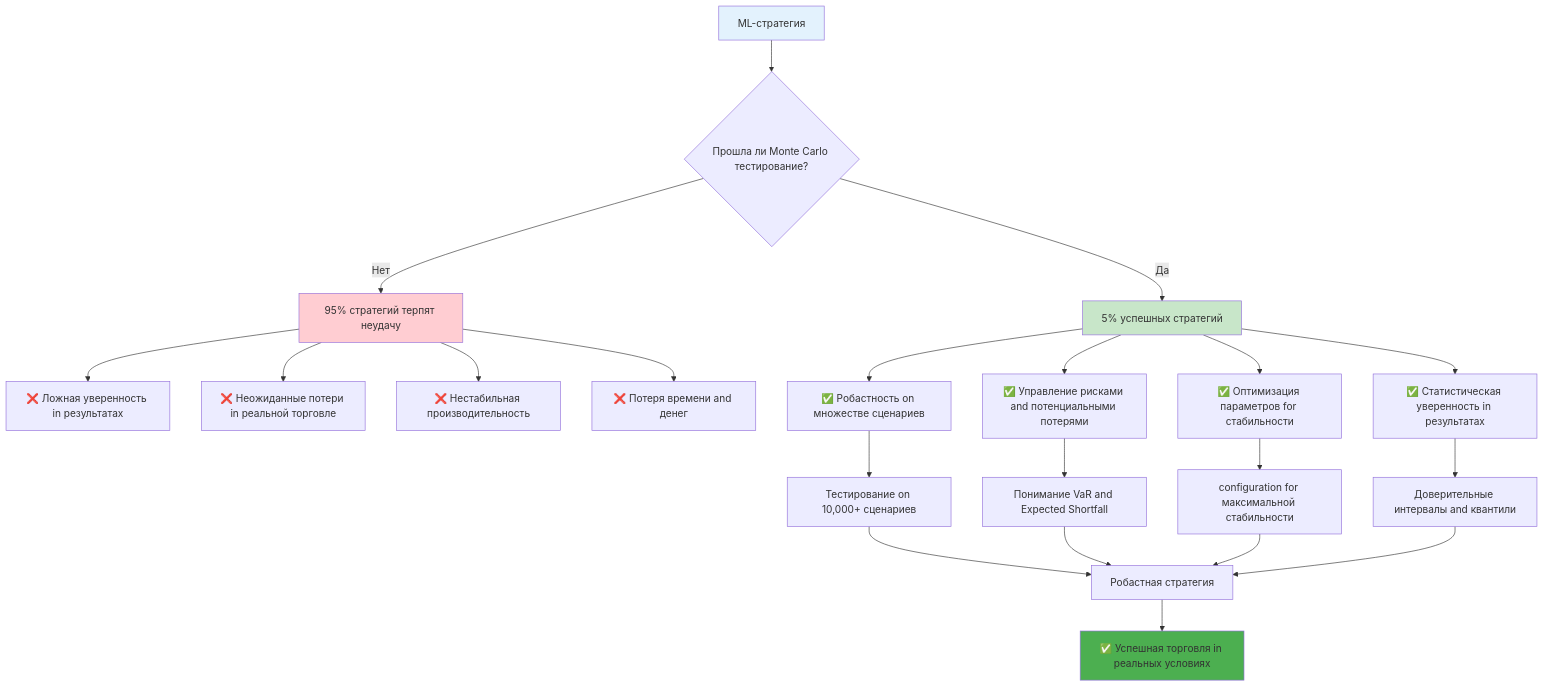
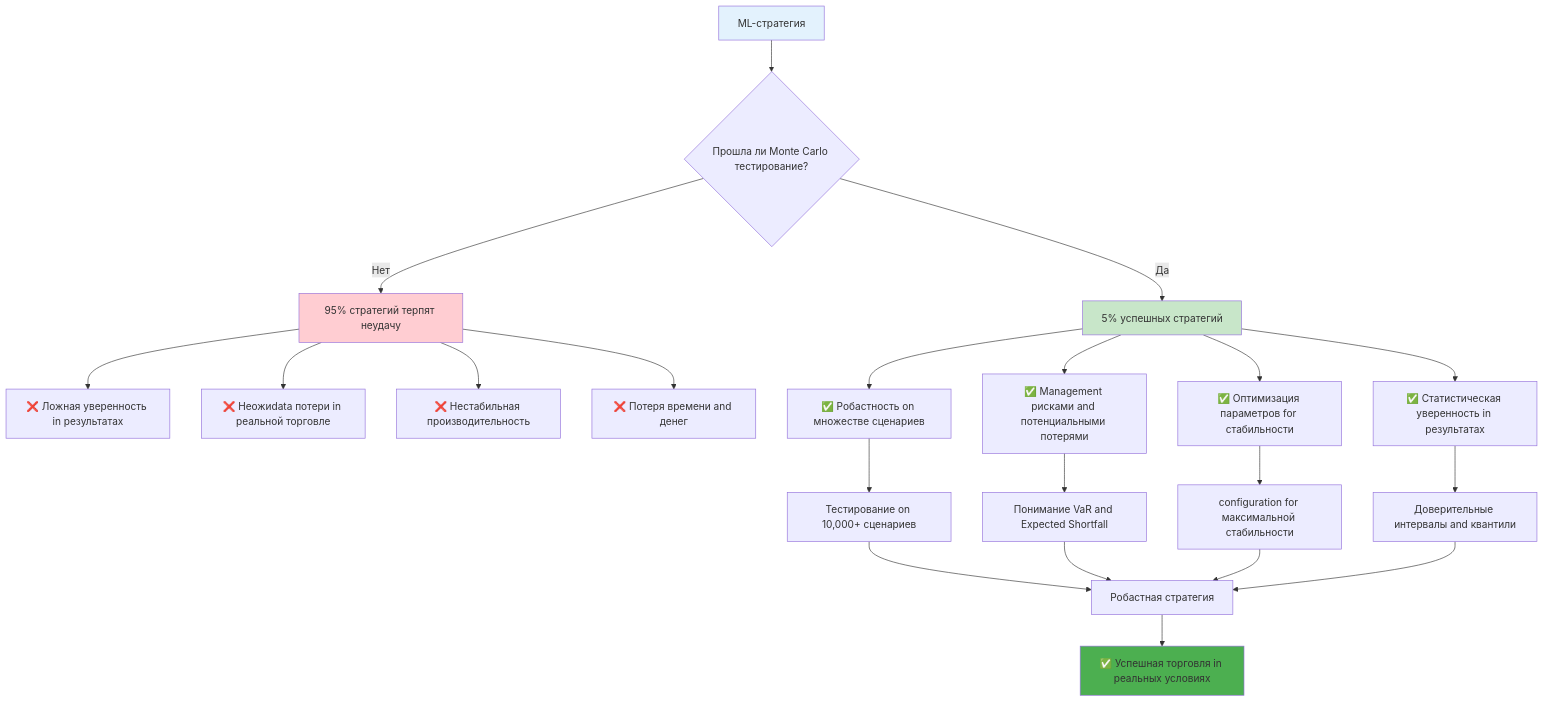
Before and after one commit to NeoZorK/neozork-hld-prediction: the first of 9 diagrams in docs/automl/gluon/31_monte_carlo_simulations.md, drawn with Mermaid. The commit also changed other lines of this file and 108 other files, not shown here.

````diff
--- a/docs/automl/gluon/31_monte_carlo_simulations.md
+++ b/docs/automl/gluon/31_monte_carlo_simulations.md
@@ -10,33 +10,33 @@
 ```mermaid
 graph TD
  A[ML-стратегия] --> B{Прошла ли Monte Carlo тестирование?}
 
  B -->|Нет| C[95% стратегий терпят неудачу]
  C --> D[❌ Ложная уверенность in результатах]
- C --> E[❌ Неожиданные потери in реальной торговле]
+ C --> E[❌ Неожиdata потери in реальной торговле]
  C --> F[❌ Нестабильная производительность]
  C --> G[❌ Потеря времени and денег]
 
  B -->|Да| H[5% успешных стратегий]
  H --> I[✅ Робастность on множестве сценариев]
- H --> J[✅ Управление рисками and потенциальными потерями]
+ H --> J[✅ Management рисками and потенциальными потерями]
  H --> K[✅ Оптимизация параметров for стабильности]
  H --> L[✅ Статистическая уверенность in результатах]
 
  I --> M[Тестирование on 10,000+ сценариев]
  J --> N[Понимание VaR and Expected Shortfall]
  K --> O[configuration for максимальной стабильности]
  L --> P[Доверительные интервалы and квантили]
 
  M --> Q[Робастная стратегия]
  N --> Q
  O --> Q
  P --> Q
 
  Q --> R[✅ Успешная торговля in реальных условиях]
 
  style A fill:#e3f2fd
  style H fill:#c8e6c9
  style C fill:#ffcdd2
  style R fill:#4caf50
 ```
````
